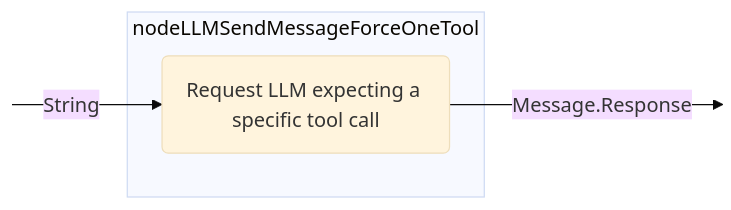
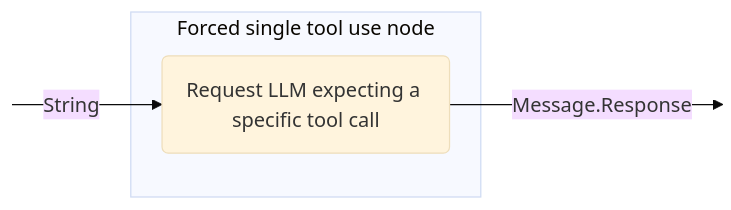
One commit to JetBrains/koog changed the fifth of 15 diagrams in docs/docs/nodes-and-components.md. Above: the diagram before and after it, drawn with Mermaid (base theme). The commit also changed other lines of this file and 1 other file, not shown here.

````diff
--- a/docs/docs/nodes-and-components.md
+++ b/docs/docs/nodes-and-components.md
@@ -275,13 +276,13 @@
 ```mermaid
 graph LR
     in:::hidden
     out:::hidden
     
-    subgraph node ["nodeLLMSendMessageForceOneTool"]
+    subgraph node ["Forced single tool use node"]
         execute(Request LLM expecting a specific tool call)
     end
     
     in --String--> execute --Message.Response--> out
 
     classDef hidden display: none;
 ```
````
